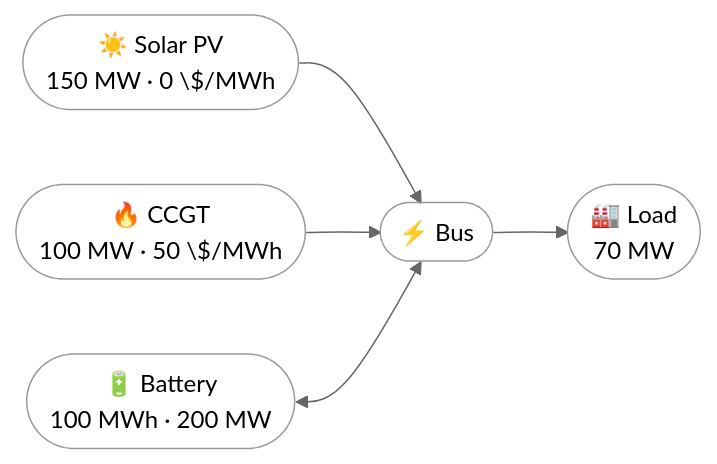
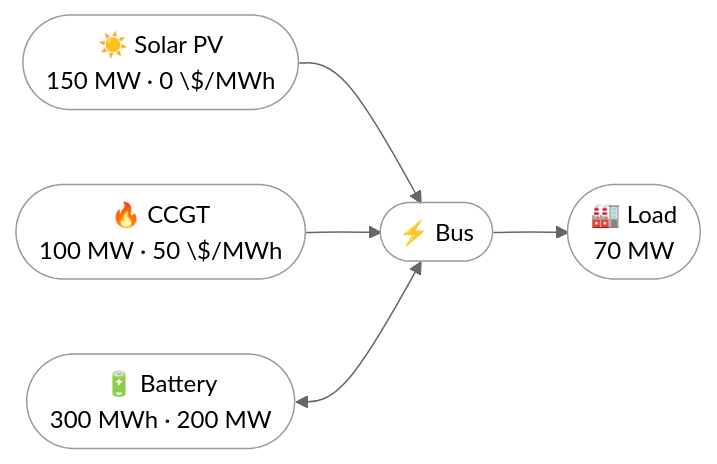
One commit to ramirocrc/odys changed the diagram in docs/examples/battery_dispatch.md. Above: the diagram before and after it, drawn with Mermaid (neutral theme). The commit also changed other lines of this file and 15 other files, not shown here.

````diff
--- a/docs/examples/battery_dispatch.md
+++ b/docs/examples/battery_dispatch.md
@@ -15,12 +15,12 @@
 ```mermaid
 flowchart LR
     Solar(["☀️ Solar PV<br/>150 MW · 0 \$/MWh"]) --> Bus(["⚡ Bus"])
     CCGT(["🔥 CCGT<br/>100 MW · 50 \$/MWh"]) --> Bus
-    Battery(["🔋 Battery<br/>100 MWh · 200 MW"]) <--> Bus
+    Battery(["🔋 Battery<br/>300 MWh · 200 MW"]) <--> Bus
     Bus --> Load(["🏭 Load<br/>70 MW"])
     style Solar fill:none
     style CCGT fill:none
     style Battery fill:none
     style Bus fill:none
     style Load fill:none
 ```
````
